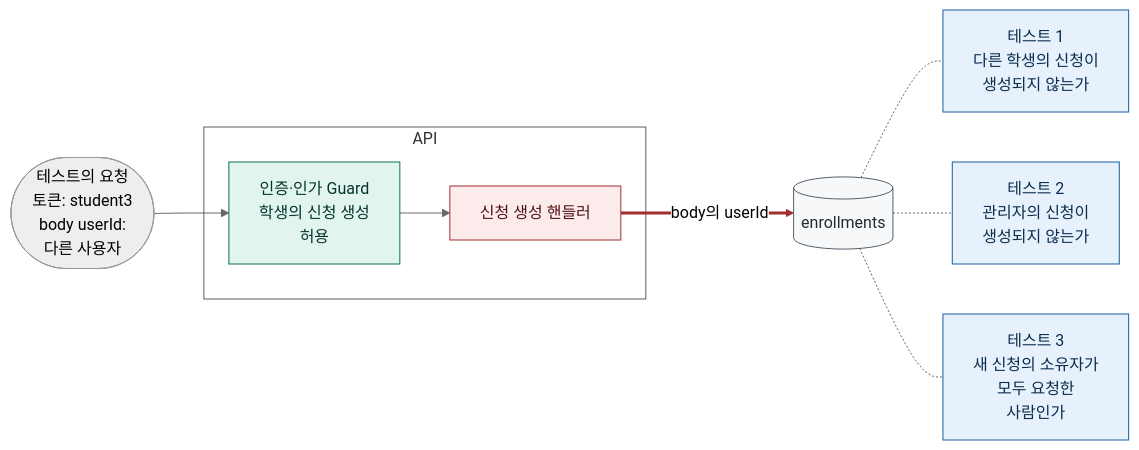
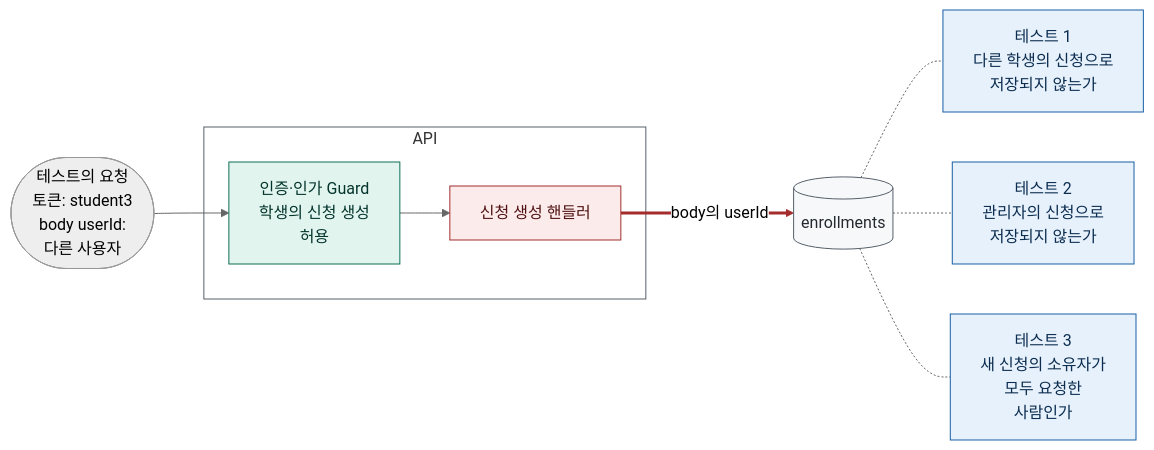
The second of 4 diagrams in docs/diagnosis/defect-8.md (loquemedalagana/secure-enroll-demo), drawn with Mermaid (neutral theme) before and after one commit. The commit also changed other lines of this file and 1 other file, not shown here.

````diff
--- a/docs/diagnosis/defect-8.md
+++ b/docs/diagnosis/defect-8.md
@@ -143,29 +143,29 @@
 ```mermaid
 flowchart LR
   req(["테스트의 요청<br/>토큰: student3<br/>body userId:<br/>다른 사용자"])
 
   subgraph api["API"]
     g["인증·인가 Guard<br/>학생의 신청 생성<br/>허용"]
     h["신청 생성 핸들러"]
   end
 
   db[("enrollments")]
 
   req --> g --> h
   h == "body의 userId" ==> db
 
-  db -.- t1["테스트 1<br/>다른 학생의 신청이<br/>생성되지 않는가"]
-  db -.- t2["테스트 2<br/>관리자의 신청이<br/>생성되지 않는가"]
+  db -.- t1["테스트 1<br/>다른 학생의 신청으로<br/>저장되지 않는가"]
+  db -.- t2["테스트 2<br/>관리자의 신청으로<br/>저장되지 않는가"]
   db -.- t3["테스트 3<br/>새 신청의 소유자가<br/>모두 요청한<br/>사람인가"]
 
   classDef safe fill:#E1F5EE,stroke:#0F6E56,color:#04342C
   classDef danger fill:#FCEBEB,stroke:#A32D2D,color:#501313
   classDef neutral fill:#f6f8fa,stroke:#57606a,color:#24292f
   classDef test fill:#E6F1FB,stroke:#185FA5,color:#0C2D50
   class g safe
   class h danger
   class db neutral
   class t1,t2,t3 test
   style api fill:none,stroke:#57606a
   linkStyle 2 stroke:#A32D2D,stroke-width:3px
 ```
````
